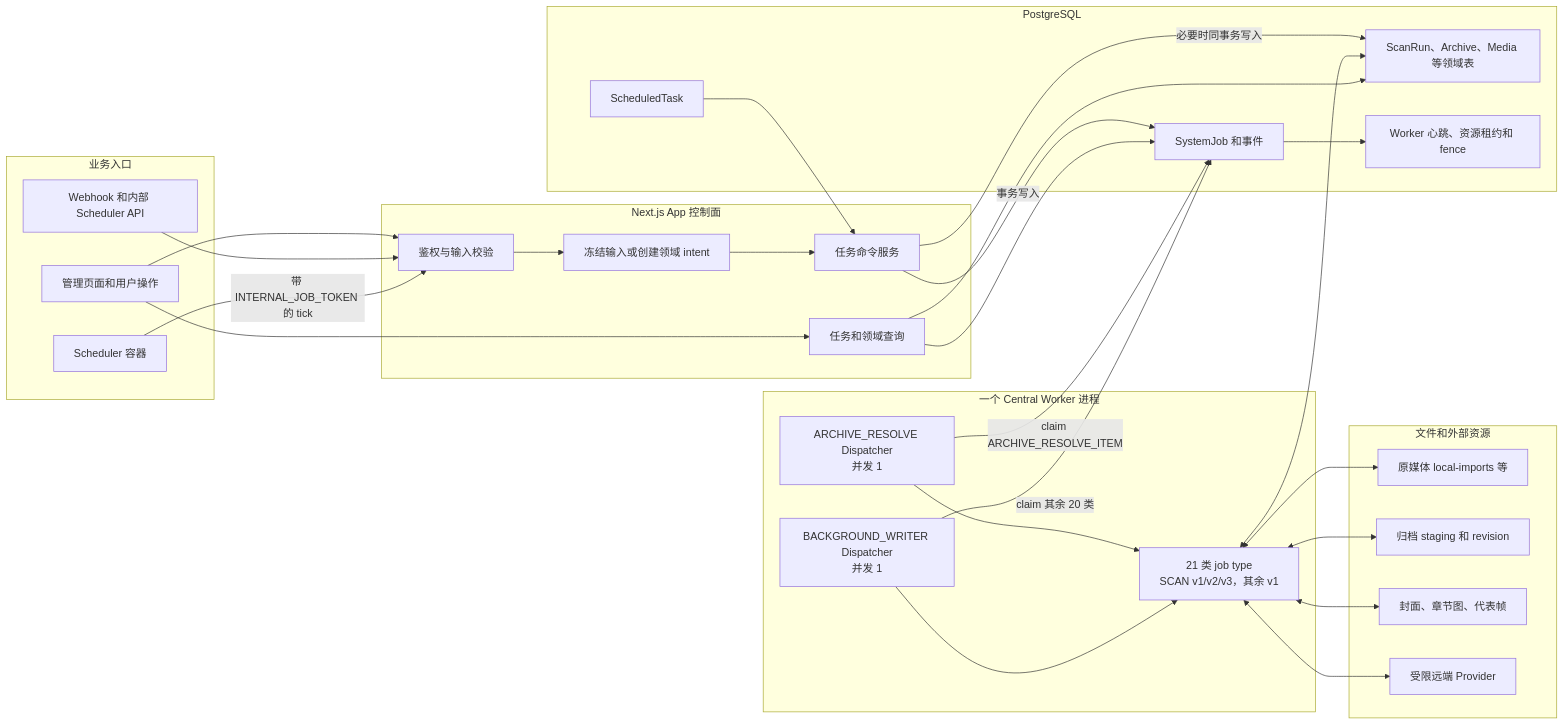
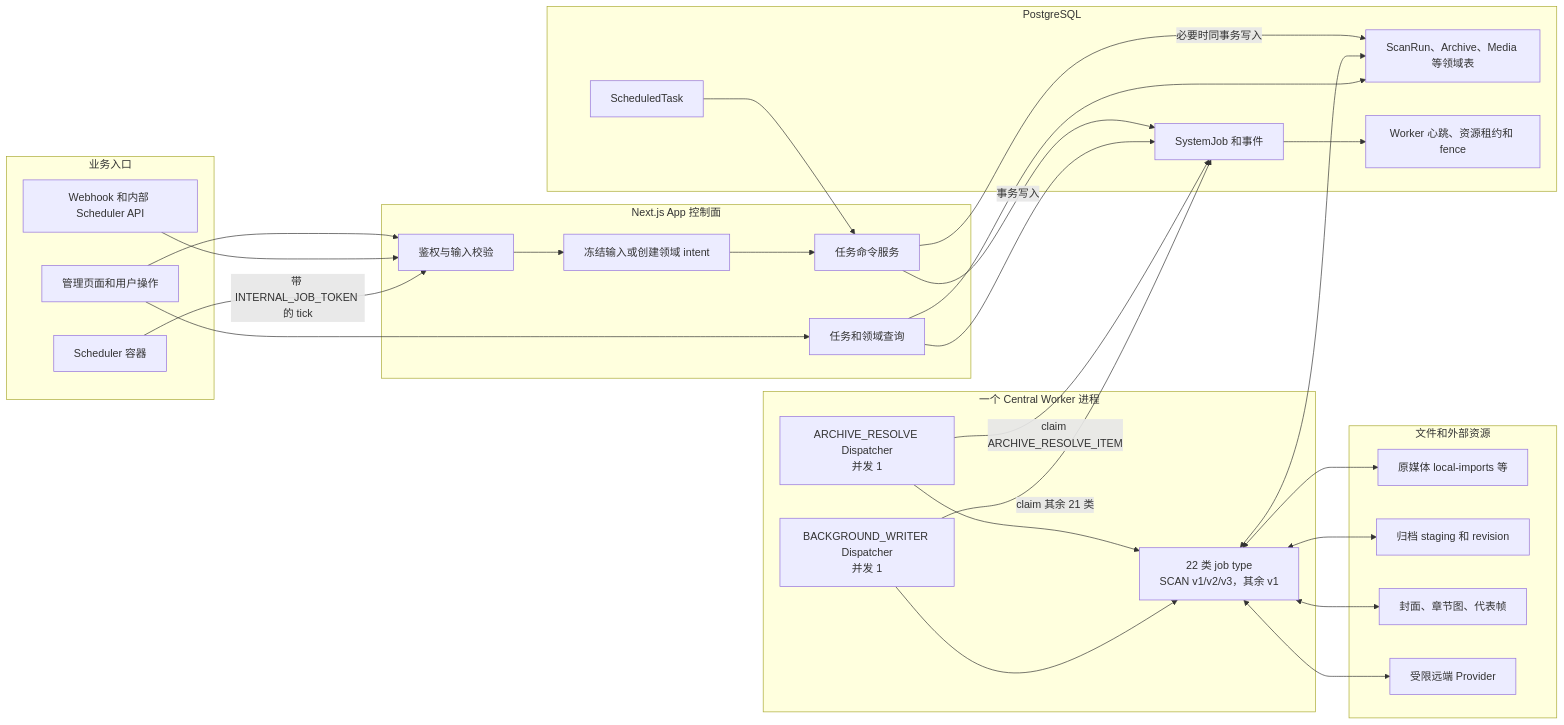
One commit to namehu/PixiShelf changed the first of 11 diagrams in docs/architecture/background-job-business-flows.md. Above: the diagram before and after it, drawn with Mermaid. The commit also changed other lines of this file and 73 other files, not shown here.

````diff
--- a/docs/architecture/background-job-business-flows.md
+++ b/docs/architecture/background-job-business-flows.md
@@ -50,56 +50,56 @@
 ```mermaid
 flowchart LR
   subgraph Entry[业务入口]
     UI[管理页面和用户操作]
     API[Webhook 和内部 Scheduler API]
     SCH[Scheduler 容器]
   end
 
   subgraph App[Next.js App 控制面]
     AUTH[鉴权与输入校验]
     SNAP[冻结输入或创建领域 intent]
     CMD[任务命令服务]
     READ[任务和领域查询]
   end
 
   subgraph DB[PostgreSQL]
     TASK[ScheduledTask]
     JOB[SystemJob 和事件]
     DOMAIN[ScanRun、Archive、Media 等领域表]
     LEASE[Worker 心跳、资源租约和 fence]
   end
 
   subgraph Worker[一个 Central Worker 进程]
     RESOLVE[ARCHIVE_RESOLVE Dispatcher\n并发 1]
     WRITER[BACKGROUND_WRITER Dispatcher\n并发 1]
-    EXEC[21 类 job type\nSCAN v1/v2/v3，其余 v1]
+    EXEC[22 类 job type\nSCAN v1/v2/v3，其余 v1]
   end
 
   subgraph Storage[文件和外部资源]
     SOURCE[原媒体 local-imports 等]
     ARCHIVE[归档 staging 和 revision]
     DERIVED[封面、章节图、代表帧]
     REMOTE[受限远端 Provider]
   end
 
   UI --> AUTH
   API --> AUTH
   SCH -->|带 INTERNAL_JOB_TOKEN 的 tick| AUTH
   AUTH --> SNAP --> CMD
   TASK --> CMD
   CMD -->|事务写入| JOB
   CMD -->|必要时同事务写入| DOMAIN
   RESOLVE -->|claim ARCHIVE_RESOLVE_ITEM| JOB
-  WRITER -->|claim 其余 20 类| JOB
+  WRITER -->|claim 其余 21 类| JOB
   JOB --> LEASE
   RESOLVE --> EXEC
   WRITER --> EXEC
   EXEC <--> DOMAIN
   EXEC <--> SOURCE
   EXEC <--> ARCHIVE
   EXEC <--> DERIVED
   EXEC <--> REMOTE
   READ --> JOB
   READ --> DOMAIN
   UI --> READ
 ```
````
